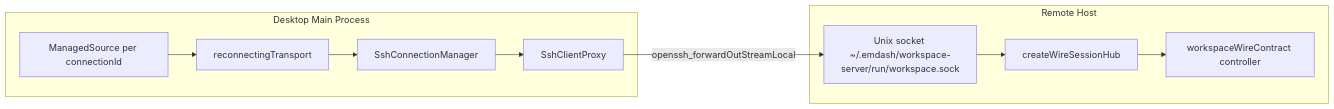
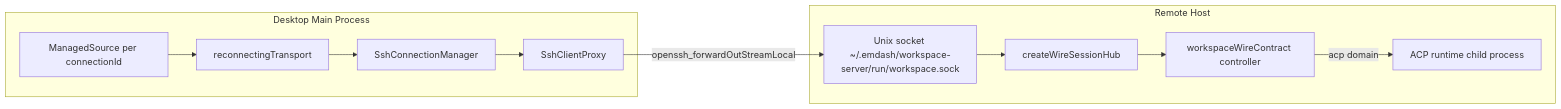
The diagram in apps/workspace-server/docs/client-connection.md (luisKisters/emdash), drawn with Mermaid before and after one commit. The commit also changed other lines of this file and 39 other files, not shown here.

````diff
--- a/apps/workspace-server/docs/client-connection.md
+++ b/apps/workspace-server/docs/client-connection.md
@@ -8,20 +8,22 @@
 ```mermaid
 flowchart LR
   subgraph desktop [Desktop Main Process]
     source["ManagedSource per connectionId"]
     reconnecting[reconnectingTransport]
     sshManager[SshConnectionManager]
     proxy[SshClientProxy]
   end
   subgraph remote [Remote Host]
     socket["Unix socket ~/.emdash/workspace-server/run/workspace.sock"]
     hub[createWireSessionHub]
     controller[workspaceWireContract controller]
+    acpRuntime["ACP runtime child process"]
   end
   source --> reconnecting
   reconnecting --> sshManager
   sshManager --> proxy
   proxy -->|"openssh_forwardOutStreamLocal"| socket
   socket --> hub
   hub --> controller
+  controller -->|"acp domain"| acpRuntime
 ```
````
